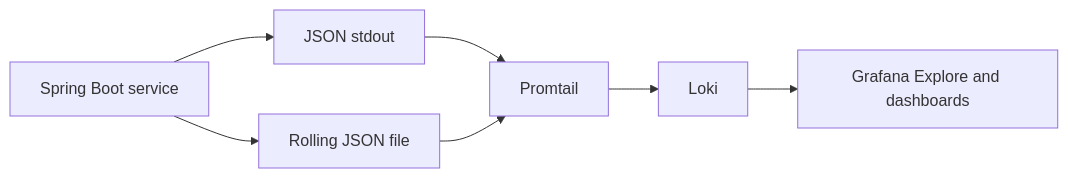
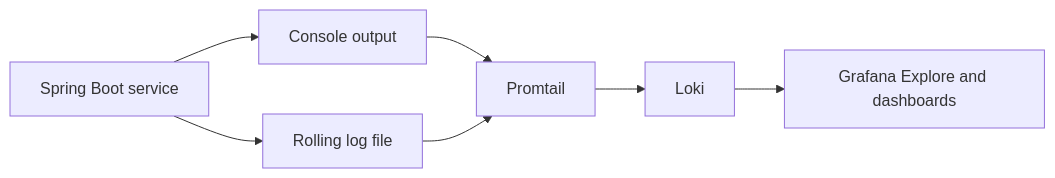
Before and after one commit to taukhir/shopverse: the diagram in docs/observability/STRUCTURED-LOGGING.md, drawn with Mermaid. The commit also changed other lines of this file and 33 other files, not shown here.

````diff
--- a/docs/observability/STRUCTURED-LOGGING.md
+++ b/docs/observability/STRUCTURED-LOGGING.md
@@ -5,9 +10,9 @@
 ```mermaid
 flowchart LR
-    APP[Spring Boot service] --> STDOUT[JSON stdout]
-    APP --> FILE[Rolling JSON file]
+    APP[Spring Boot service] --> STDOUT[Console output]
+    APP --> FILE[Rolling log file]
     STDOUT --> PROMTAIL[Promtail]
     FILE --> PROMTAIL
     PROMTAIL --> LOKI[Loki]
     LOKI --> GRAFANA[Grafana Explore and dashboards]
 ```
````
